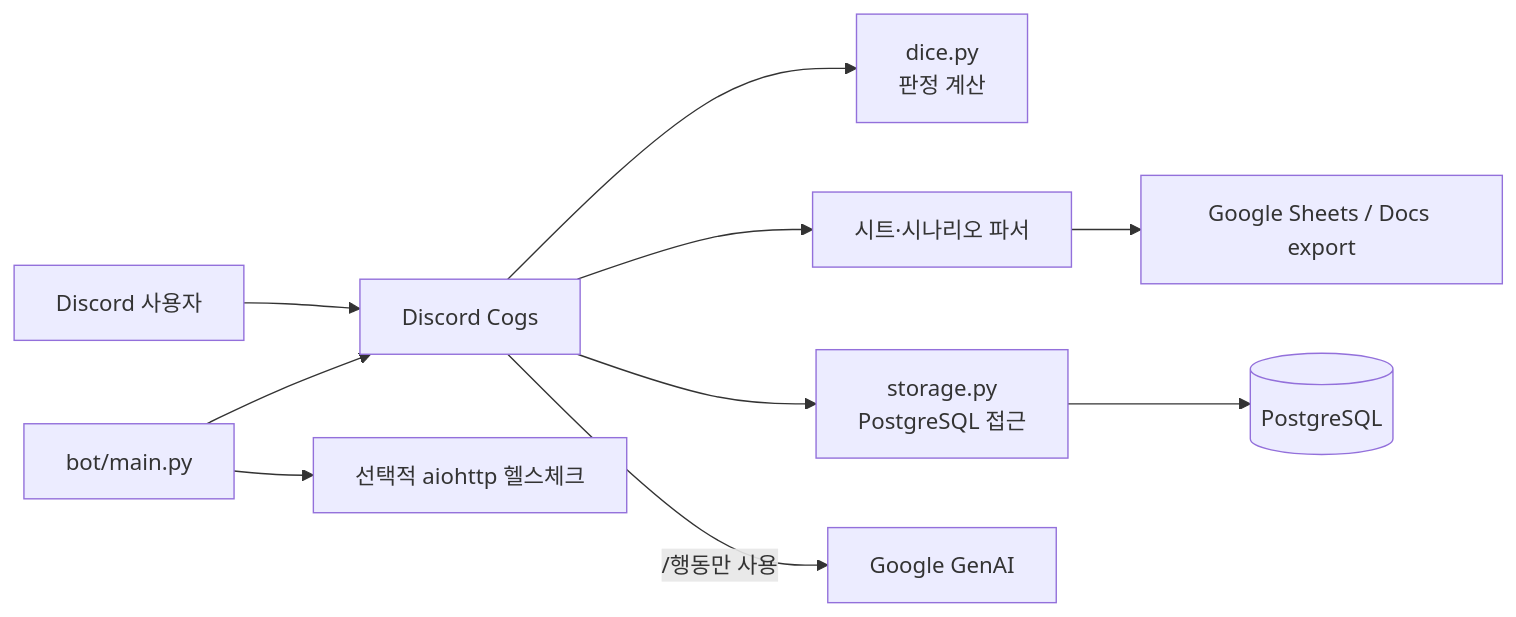
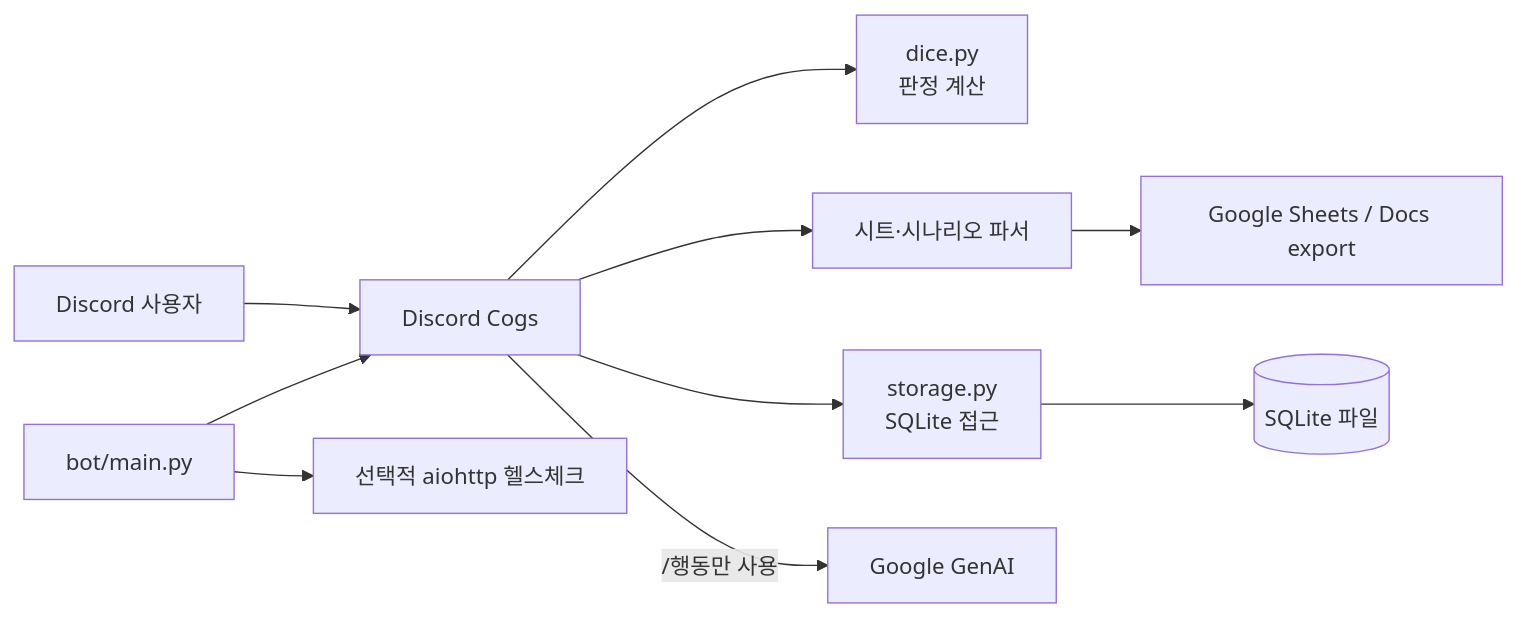
Before and after one commit to options0179/CoC-bot: the first of 4 diagrams in docs/architecture/domain-workflows-and-scope.md, drawn with Mermaid. The commit also changed other lines of this file and 14 other files, not shown here.

Commit message:
refactor(storage): switch app database to sqlite

````diff
--- a/docs/architecture/domain-workflows-and-scope.md
+++ b/docs/architecture/domain-workflows-and-scope.md
@@ -13,12 +13,12 @@
 ```mermaid
 flowchart LR
     Discord[Discord 사용자] --> Commands[Discord Cogs]
     Commands --> Dice[dice.py<br/>판정 계산]
     Commands --> Parsers[시트·시나리오 파서]
-    Commands --> Storage[storage.py<br/>PostgreSQL 접근]
+    Commands --> Storage[storage.py<br/>SQLite 접근]
     Parsers --> Google[Google Sheets / Docs export]
-    Storage --> DB[(PostgreSQL)]
+    Storage --> DB[(SQLite 파일)]
     Commands -->|/행동만 사용| Gemini[Google GenAI]
     Main[bot/main.py] --> Health[선택적 aiohttp 헬스체크]
     Main --> Commands
 ```
````
